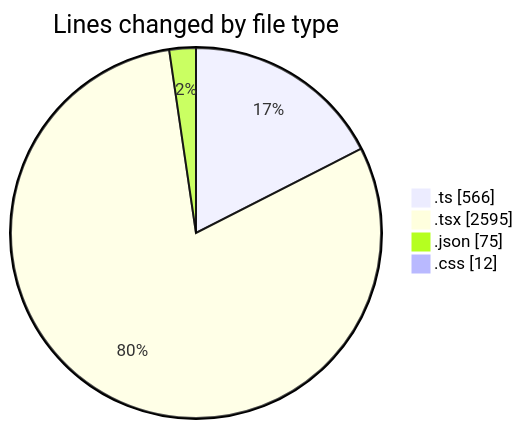
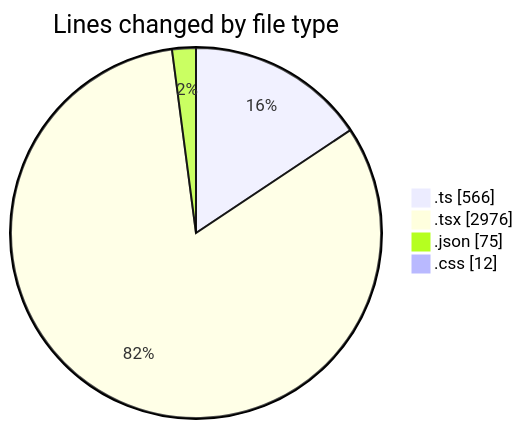
Before and after one commit to robertbonfada/code-tracking: the first of 2 diagrams in 2025-01-27/termonied-web/README.md, drawn with Mermaid. The commit also changed other lines of this file and 1 other file, not shown here.

````diff
--- a/2025-01-27/termonied-web/README.md
+++ b/2025-01-27/termonied-web/README.md
@@ -31,8 +32,8 @@
 ```mermaid
 pie showData
 title Lines changed by file type
 ".ts" : 566
-".tsx" : 2595
+".tsx" : 2976
 ".json" : 75
 ".css" : 12
 ```
````
